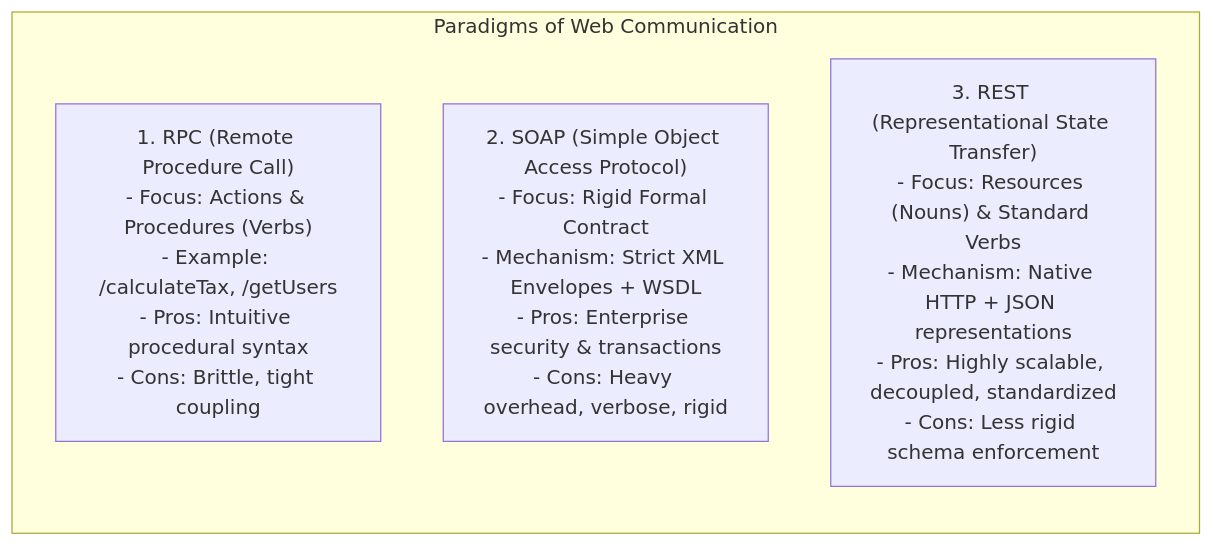
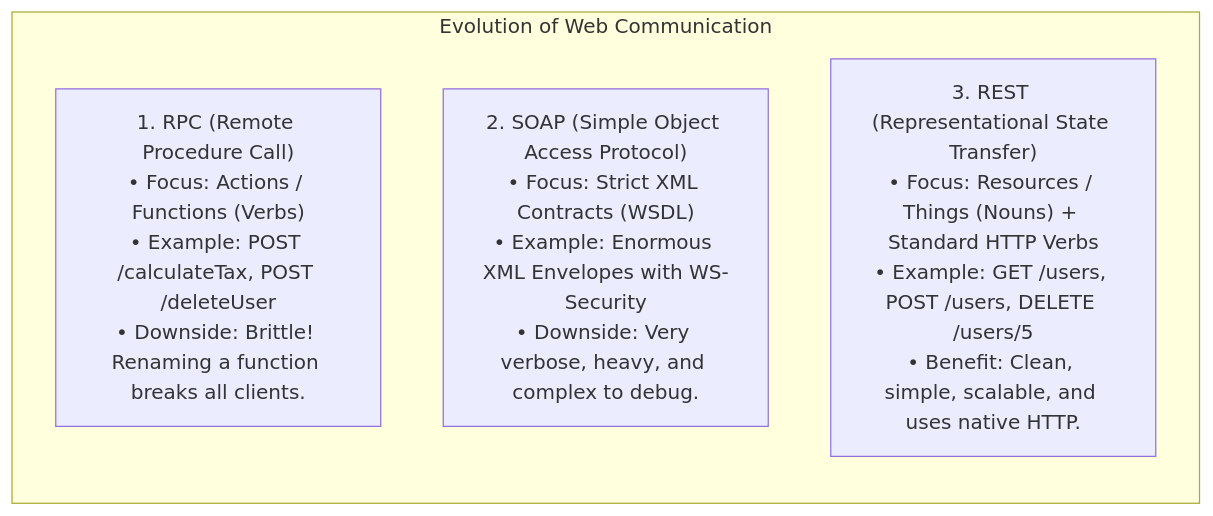
Before and after one commit to Tamjid-R/Obsidian-Vault--4th-sem: the fourth of 8 diagrams in IUT/Human/University/5th Sem/Server Programming/Server Programming Notes.md, drawn with Mermaid. The commit also changed other lines of this file and 1 other file, not shown here.

````diff
--- a/IUT/Human/University/5th Sem/Server Programming/Server Programming Notes.md
+++ b/IUT/Human/University/5th Sem/Server Programming/Server Programming Notes.md
@@ -381,9 +400,9 @@
 ```mermaid
 flowchart TD
-    subgraph Paradigms ["Paradigms of Web Communication"]
+    subgraph Paradigms ["Evolution of Web Communication"]
         direction TB
-        RPC["1. RPC (Remote Procedure Call)\n- Focus: Actions & Procedures (Verbs)\n- Example: /calculateTax, /getUsers\n- Pros: Intuitive procedural syntax\n- Cons: Brittle, tight coupling"]
-        SOAP["2. SOAP (Simple Object Access Protocol)\n- Focus: Rigid Formal Contract\n- Mechanism: Strict XML Envelopes + WSDL\n- Pros: Enterprise security & transactions\n- Cons: Heavy overhead, verbose, rigid"]
-        REST["3. REST (Representational State Transfer)\n- Focus: Resources (Nouns) & Standard Verbs\n- Mechanism: Native HTTP + JSON representations\n- Pros: Highly scalable, decoupled, standardized\n- Cons: Less rigid schema enforcement"]
+        RPC["1. RPC (Remote Procedure Call)\n• Focus: Actions / Functions (Verbs)\n• Example: POST /calculateTax, POST /deleteUser\n• Downside: Brittle! Renaming a function breaks all clients."]
+        SOAP["2. SOAP (Simple Object Access Protocol)\n• Focus: Strict XML Contracts (WSDL)\n• Example: Enormous XML Envelopes with WS-Security\n• Downside: Very verbose, heavy, and complex to debug."]
+        REST["3. REST (Representational State Transfer)\n• Focus: Resources / Things (Nouns) + Standard HTTP Verbs\n• Example: GET /users, POST /users, DELETE /users/5\n• Benefit: Clean, simple, scalable, and uses native HTTP."]
     end
 ```
````
